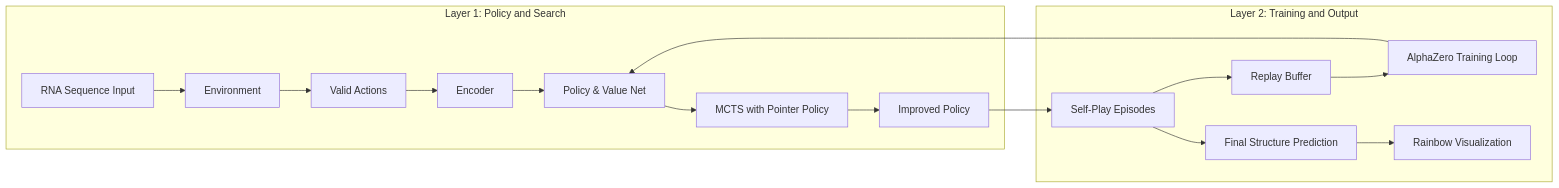
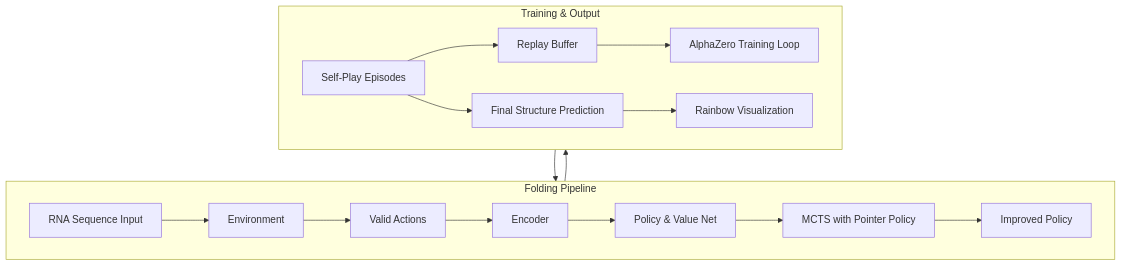
One commit to Harry-Du1/Reinforcement-Learning-tool-for-RNA-folding changed the diagram in README.md. Above: the diagram before and after it, drawn with Mermaid.

````diff
--- a/README.md
+++ b/README.md
@@ -13,20 +13,27 @@
 ```mermaid
-flowchart LR
-    subgraph L1 [Layer 1: Policy and Search]
+flowchart TB
+
+    %% --- Top layer: folding pipeline ---
+    subgraph Top [Folding Pipeline]
+        direction LR
         A[RNA Sequence Input] --> B[Environment]
         B --> C[Valid Actions]
         C --> D[Encoder]
         D --> E[Policy & Value Net]
         E --> F[MCTS with Pointer Policy]
         F --> G[Improved Policy]
     end
 
-    subgraph L2 [Layer 2: Training and Output]
-        G --> H[Self-Play Episodes]
-        H --> I[Replay Buffer]
+    %% --- Bottom layer: training & output ---
+    subgraph Bottom [Training & Output]
+        direction LR
+        H[Self-Play Episodes] --> I[Replay Buffer]
         I --> J[AlphaZero Training Loop]
         J --> E
         H --> K[Final Structure Prediction]
         K --> L[Rainbow Visualization]
     end
+
+    G --> H
+
 ```
````
